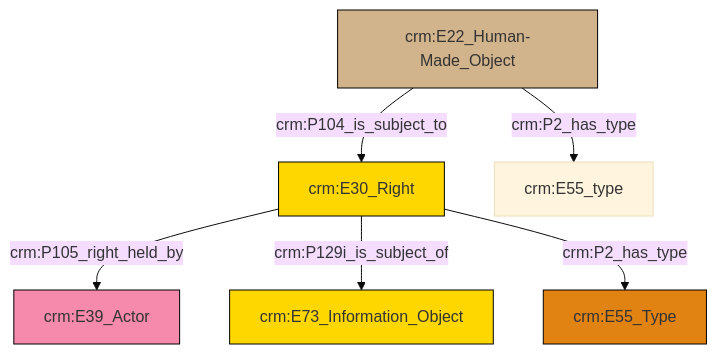
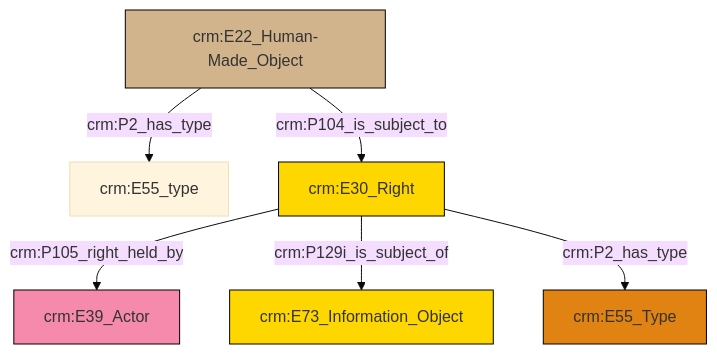
The diagram in et/builtWorkCSV/ttl/mmd/Built_Work_rights.ttl.mmd (swiss-art-research-net/docs.swissartresearch), drawn with Mermaid (base theme) before and after one commit. The commit also changed 180 other files, not shown here.

```diff
--- a/et/builtWorkCSV/ttl/mmd/Built_Work_rights.ttl.mmd
+++ b/et/builtWorkCSV/ttl/mmd/Built_Work_rights.ttl.mmd
@@ -1,20 +1,20 @@
 graph TD
 classDef Literal fill:#f2f2f2,stroke:#000000;
 classDef CRM_Entity fill:#FFFFFF,stroke:#000000;
 classDef Temporal_Entity fill:#00C9E6, stroke:#000000;
 classDef Type fill:#E18312, stroke:#000000;
 classDef Time-Span fill:#2C9C91, stroke:#000000;
 classDef Appellation fill:#FFEB7F, stroke:#000000;
 classDef Place fill:#008836, stroke:#000000;
 classDef Persistent_Item fill:#B266B2, stroke:#000000;
 classDef Conceptual_Object fill:#FFD700, stroke:#000000;
 classDef Physical_Thing fill:#D2B48C, stroke:#000000;
 classDef Actor fill:#f58aad, stroke:#000000;
 classDef PC_Classes fill:#4ce600, stroke:#000000;
 classDef Multi fill:#cccccc,stroke:#000000;
 
-0["crm:E30_Right"]:::Conceptual_Object -->|crm:P105_right_held_by| 1["crm:E39_Actor"]:::Actor
-2["crm:E22_Human-Made_Object"]:::Physical_Thing -->|crm:P104_is_subject_to| 0["crm:E30_Right"]:::Conceptual_Object
-0["crm:E30_Right"]:::Conceptual_Object -->|crm:P129i_is_subject_of| 5["crm:E73_Information_Object"]:::Conceptual_Object
-2["crm:E22_Human-Made_Object"]:::Physical_Thing -->|crm:P2_has_type| 6["crm:E55_type"]:::Default
-0["crm:E30_Right"]:::Conceptual_Object -->|crm:P2_has_type| 9["crm:E55_Type"]:::Type
+0["crm:E22_Human-Made_Object"]:::Physical_Thing -->|crm:P2_has_type| 6["crm:E55_type"]:::Default
+7["crm:E30_Right"]:::Conceptual_Object -->|crm:P105_right_held_by| 8["crm:E39_Actor"]:::Actor
+0["crm:E22_Human-Made_Object"]:::Physical_Thing -->|crm:P104_is_subject_to| 7["crm:E30_Right"]:::Conceptual_Object
+7["crm:E30_Right"]:::Conceptual_Object -->|crm:P129i_is_subject_of| 2["crm:E73_Information_Object"]:::Conceptual_Object
+7["crm:E30_Right"]:::Conceptual_Object -->|crm:P2_has_type| 4["crm:E55_Type"]:::Type
```
